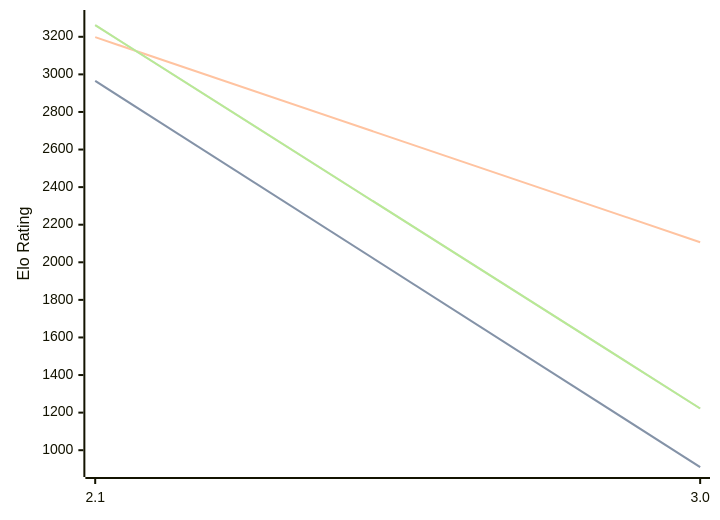
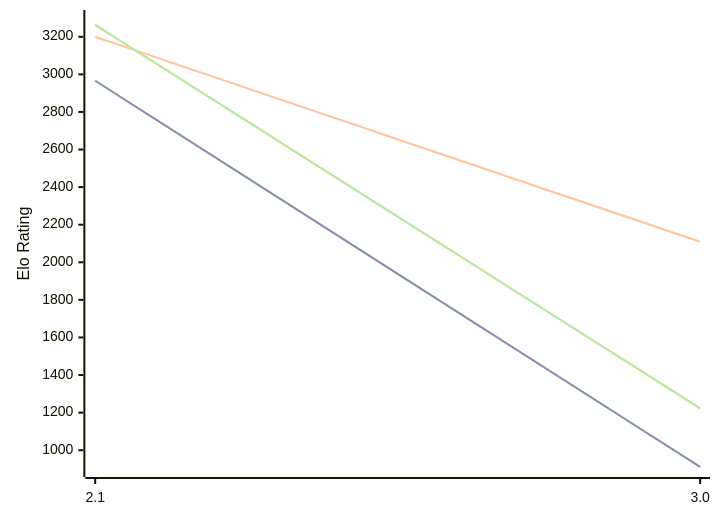
The diagram in engines/Quirky.md (computer-chess-index/cci), drawn with Mermaid before and after one commit. The commit also changed other lines of this file, not shown here.

Commit message:
Update CCI Ratings (ELO VLTC) - 2026-10-09

````diff
--- a/engines/Quirky.md
+++ b/engines/Quirky.md
@@ -32,11 +32,11 @@
 ```mermaid
 %%{init: {"theme":"base","themeVariables":{"seriesColors:['#a3a3a3','#222221','#faa371']}}}%%
 xychart-beta
   x-axis ["2.1", "3.0"]
   y-axis "Elo Rating" 900 --> 3300
-  line "" [2965, 910]
-  line "STC (8.0+0.08s)" [2965, 910]
-  line "LTC (60.0+0.60s)" [3198, 2107]
-  line "" [3262, 1222]
-  line "VLTC (2m24s+1.12s)" [3262, 1222]
+  line "" [2966, 911]
+  line "STC (8.0+0.08s)" [2966, 911]
+  line "LTC (60.0+0.60s)" [3200, 2109]
+  line "" [3263, 1223]
+  line "VLTC (2m24s+1.12s)" [3263, 1223]
 ```
````
